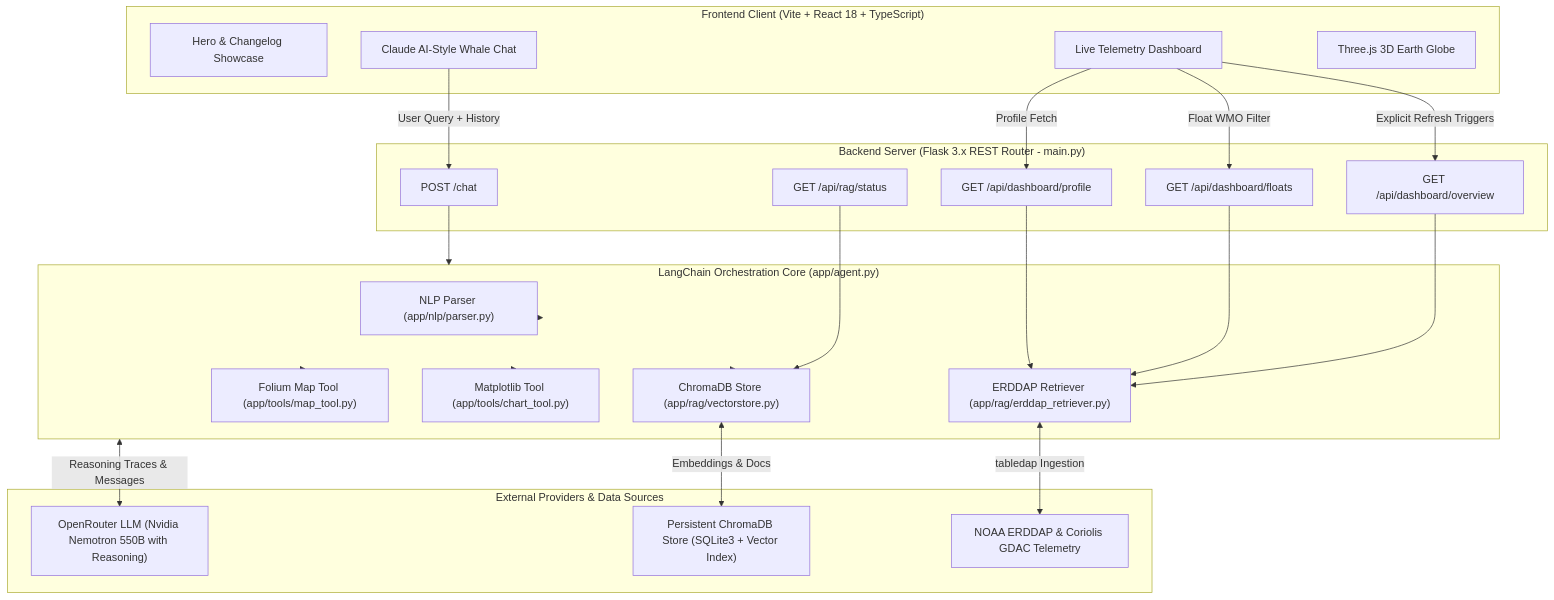
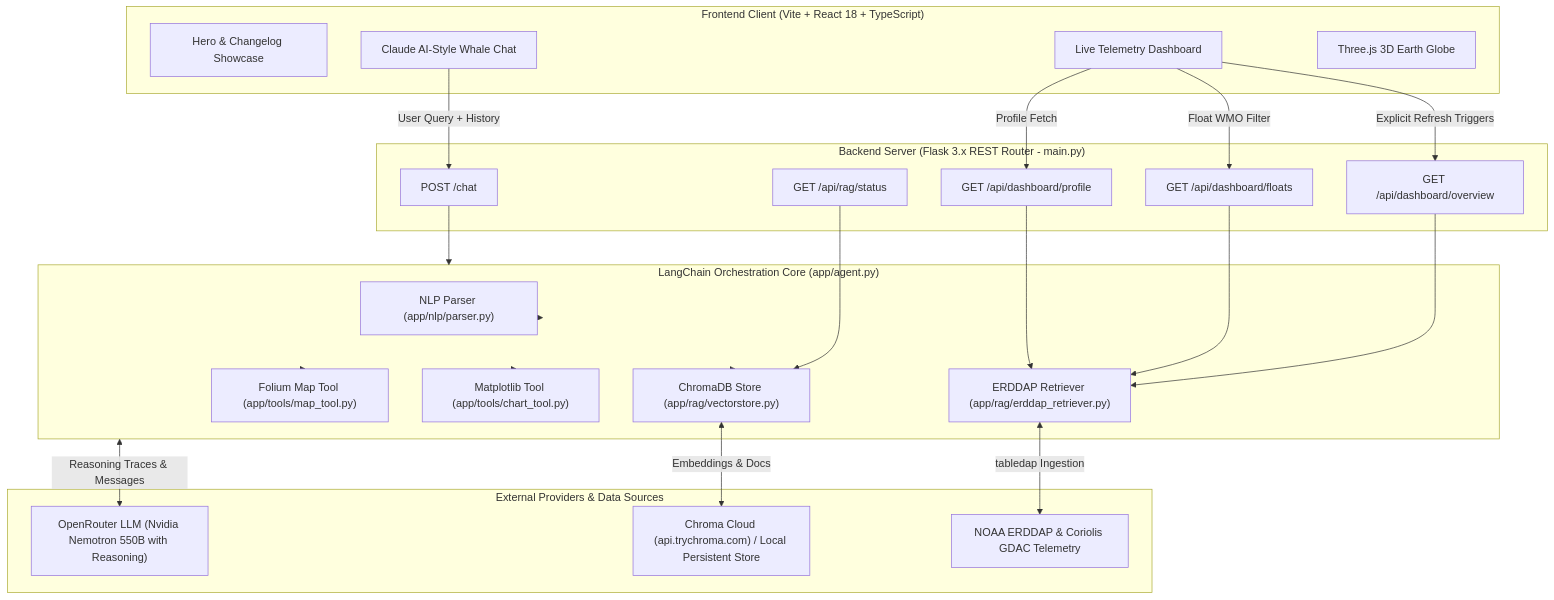
One commit to AnishSonar1234/ARGO-AI changed the first of 3 diagrams in README.md. Above: the diagram before and after it, drawn with Mermaid. The commit also changed other lines of this file and 1 other file, not shown here.

Commit message:
docs: update README with Chroma Cloud architecture, deployment guide, and v2.5 changelog

````diff
--- a/README.md
+++ b/README.md
@@ -49,52 +49,52 @@
 ```mermaid
 flowchart TB
     subgraph ClientLayer["Frontend Client (Vite + React 18 + TypeScript)"]
         UI_Home["Hero & Changelog Showcase"]
         UI_Chat["Claude AI-Style Whale Chat"]
         UI_Dash["Live Telemetry Dashboard"]
         UI_Globe["Three.js 3D Earth Globe"]
     end
 
     subgraph APILayer["Backend Server (Flask 3.x REST Router - main.py)"]
         EP_Chat["POST /chat"]
         EP_RAG["GET /api/rag/status"]
         EP_Overview["GET /api/dashboard/overview"]
         EP_Floats["GET /api/dashboard/floats"]
         EP_Profile["GET /api/dashboard/profile"]
     end
 
     subgraph AgentLayer["LangChain Orchestration Core (app/agent.py)"]
         NLP_Module["NLP Parser (app/nlp/parser.py)"]
         RAG_Module["ChromaDB Store (app/rag/vectorstore.py)"]
         Data_Module["ERDDAP Retriever (app/rag/erddap_retriever.py)"]
         Tool_Chart["Matplotlib Tool (app/tools/chart_tool.py)"]
         Tool_Map["Folium Map Tool (app/tools/map_tool.py)"]
     end
 
     subgraph ExternalServices["External Providers & Data Sources"]
         OpenRouter["OpenRouter LLM (Nvidia Nemotron 550B with Reasoning)"]
         ERDDAP_API["NOAA ERDDAP & Coriolis GDAC Telemetry"]
-        LocalChroma["Persistent ChromaDB Store (SQLite3 + Vector Index)"]
+        ChromaCloud["Chroma Cloud (api.trychroma.com) / Local Persistent Store"]
     end
 
     UI_Chat -->|"User Query + History"| EP_Chat
     UI_Dash -->|"Explicit Refresh Triggers"| EP_Overview
     UI_Dash -->|"Float WMO Filter"| EP_Floats
     UI_Dash -->|"Profile Fetch"| EP_Profile
 
     EP_Chat --> AgentLayer
     EP_Overview --> Data_Module
     EP_Floats --> Data_Module
     EP_Profile --> Data_Module
     EP_RAG --> RAG_Module
 
     AgentLayer --> NLP_Module
     AgentLayer --> RAG_Module
     AgentLayer --> Data_Module
     AgentLayer --> Tool_Chart
     AgentLayer --> Tool_Map
 
-    RAG_Module <-->|"Embeddings & Docs"| LocalChroma
+    RAG_Module <-->|"Embeddings & Docs"| ChromaCloud
     Data_Module <-->|"tabledap Ingestion"| ERDDAP_API
     AgentLayer <-->|"Reasoning Traces & Messages"| OpenRouter
 ```
````
